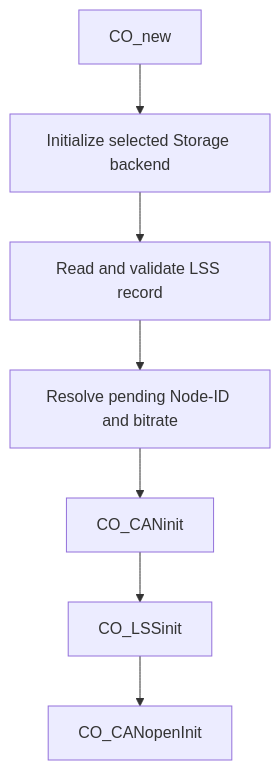
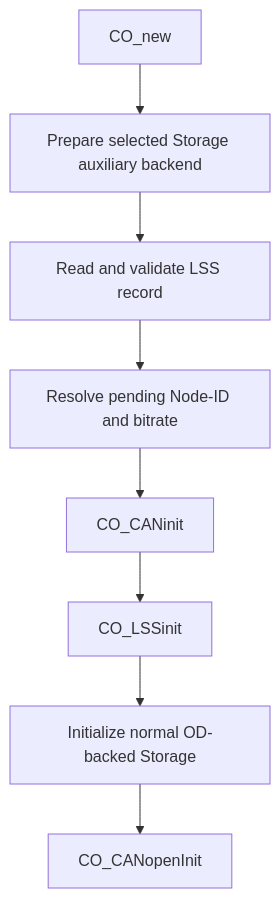
The diagram in docs/en/lss-persistence.md (wdfk-prog/canopennode-rtt), drawn with Mermaid before and after one commit. The commit also changed other lines of this file and 16 other files, not shown here.

````diff
--- a/docs/en/lss-persistence.md
+++ b/docs/en/lss-persistence.md
@@ -9,9 +9,10 @@
 ```mermaid
 flowchart TD
-    A[CO_new] --> B[Initialize selected Storage backend]
+    A[CO_new] --> B[Prepare selected Storage auxiliary backend]
     B --> C[Read and validate LSS record]
     C --> D[Resolve pending Node-ID and bitrate]
     D --> E[CO_CANinit]
     E --> F[CO_LSSinit]
-    F --> G[CO_CANopenInit]
+    F --> G[Initialize normal OD-backed Storage]
+    G --> H[CO_CANopenInit]
 ```
````
